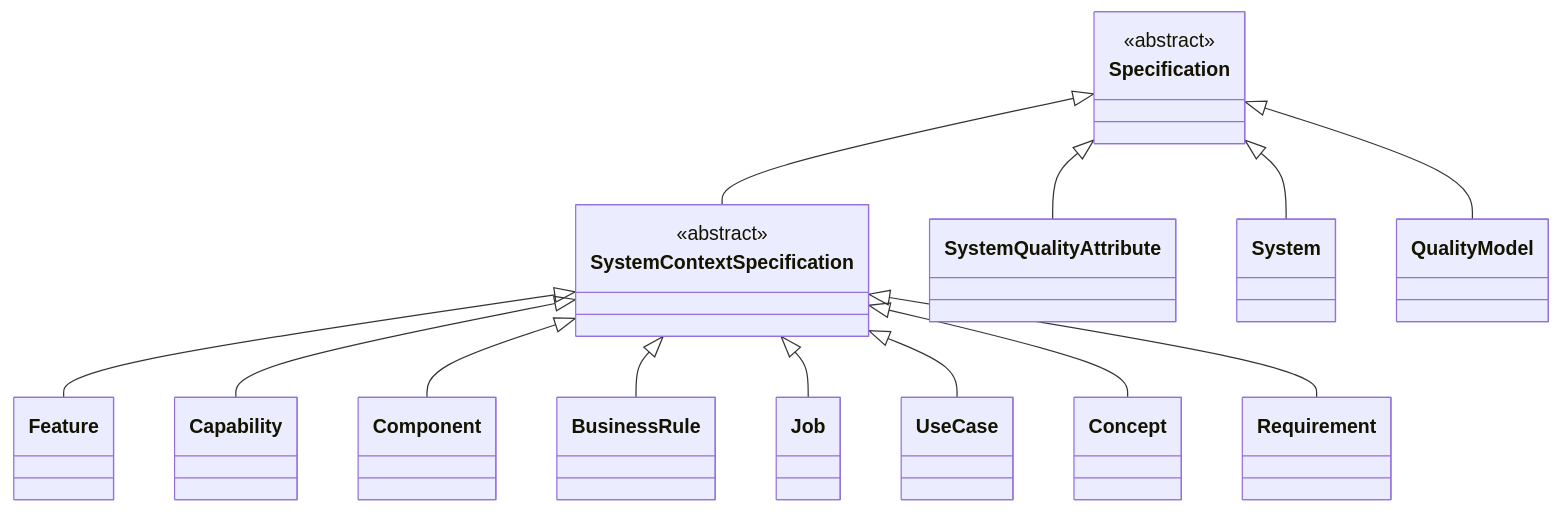
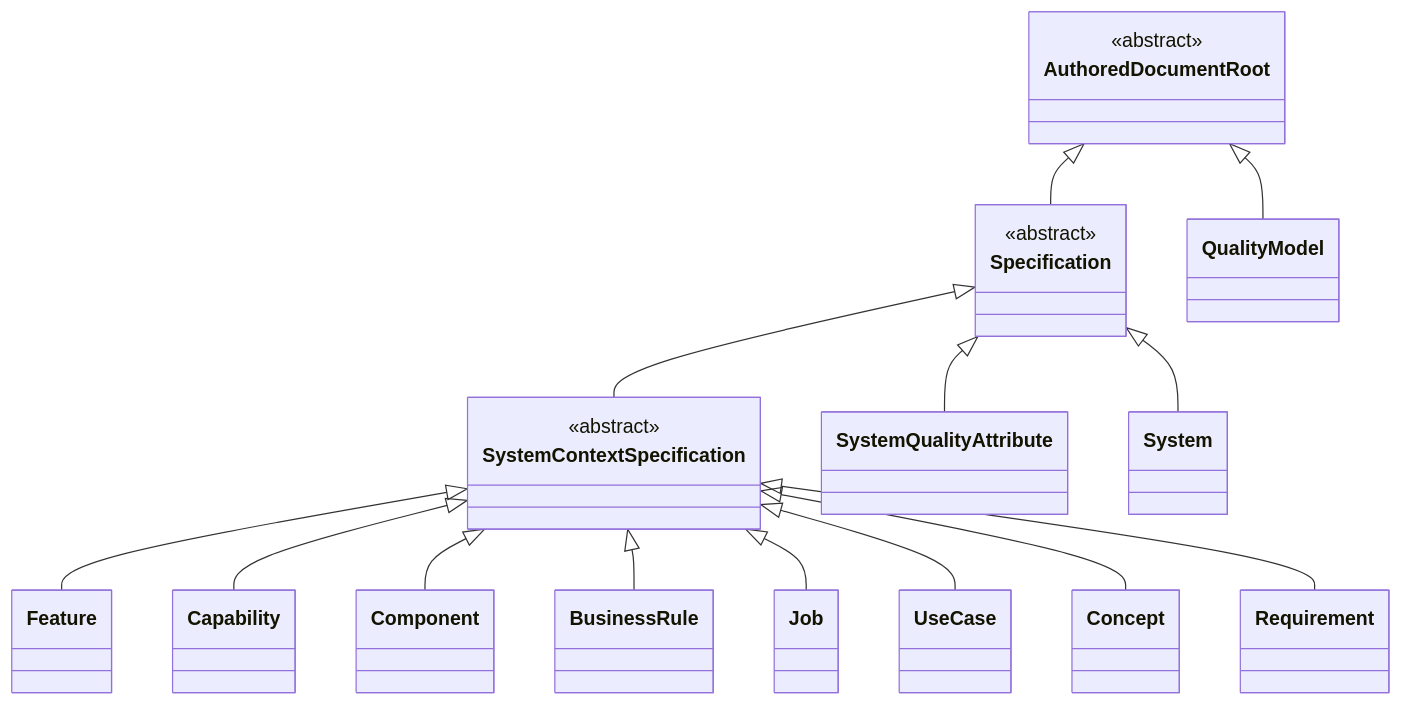
Before and after one commit to craigsmitham/dotspec: the first of 15 diagrams in docs/reference/model/core.md, drawn with Mermaid. The commit also changed other lines of this file and 119 other files, not shown here.

````diff
--- a/docs/reference/model/core.md
+++ b/docs/reference/model/core.md
@@ -30,31 +30,34 @@
 ```mermaid
 classDiagram
     direction TB
+    class AuthoredDocumentRoot
+    <<abstract>> AuthoredDocumentRoot
     class Specification
     <<abstract>> Specification
     class SystemContextSpecification
     <<abstract>> SystemContextSpecification
     class SystemQualityAttribute
     class Feature
     class Capability
     class System
     class Component
     class QualityModel
     class BusinessRule
     class Job
     class UseCase
     class Concept
     class Requirement
+    AuthoredDocumentRoot <|-- Specification
     Specification <|-- SystemContextSpecification
     Specification <|-- SystemQualityAttribute
     SystemContextSpecification <|-- Feature
     SystemContextSpecification <|-- Capability
     Specification <|-- System
     SystemContextSpecification <|-- Component
-    Specification <|-- QualityModel
+    AuthoredDocumentRoot <|-- QualityModel
     SystemContextSpecification <|-- BusinessRule
     SystemContextSpecification <|-- Job
     SystemContextSpecification <|-- UseCase
     SystemContextSpecification <|-- Concept
     SystemContextSpecification <|-- Requirement
 ```
````
